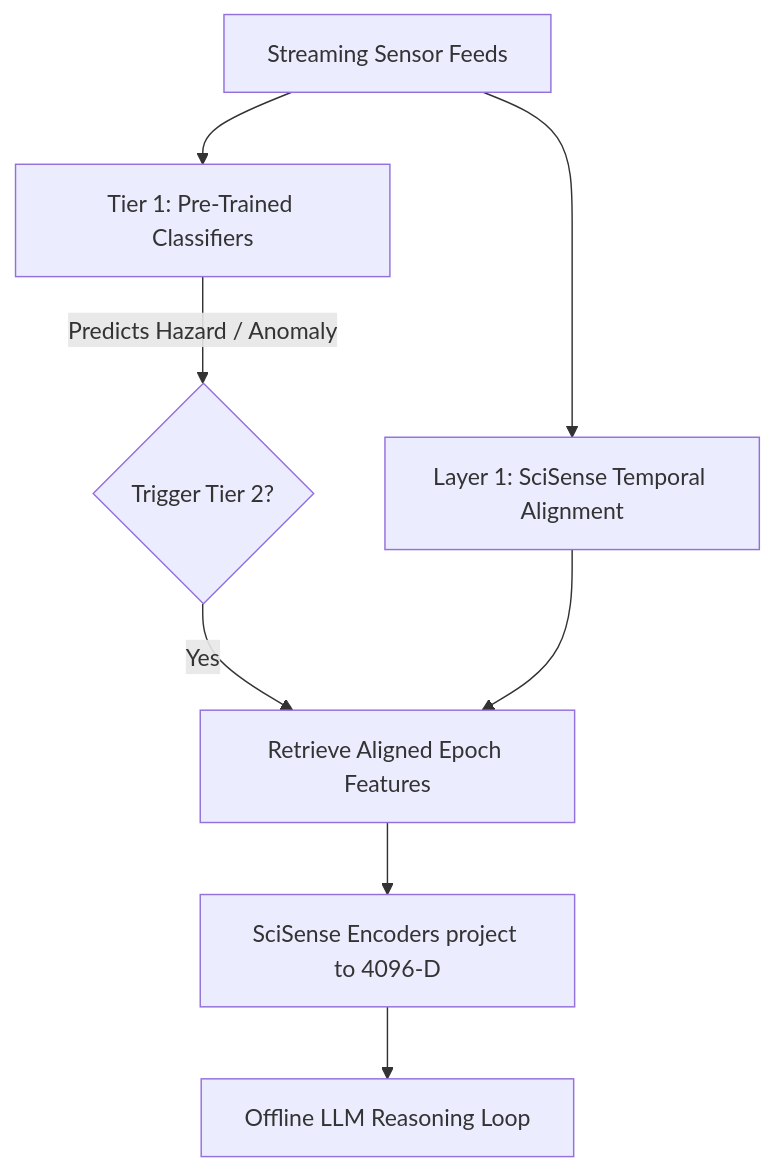
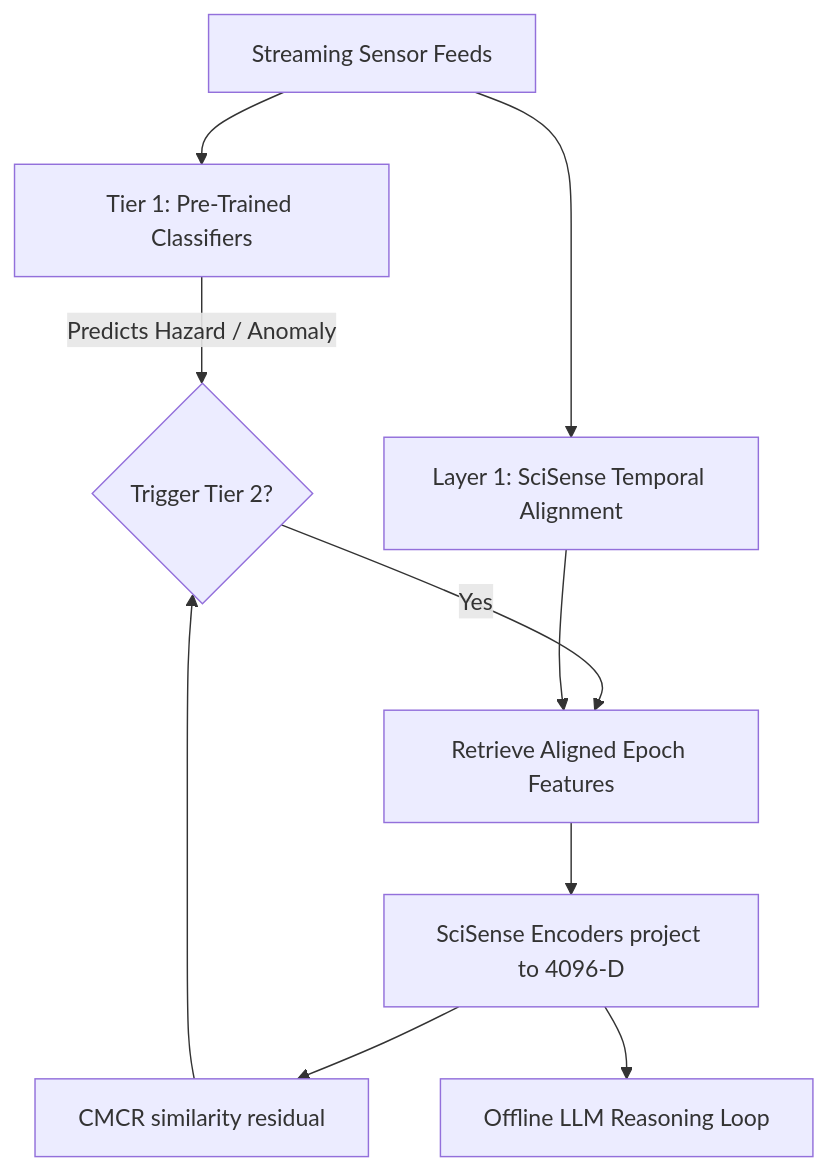
The diagram in scisense_protocol/README.md (AlekhyaGangopadhyay/FIELD_MIND---NEW), drawn with Mermaid before and after one commit. The commit also changed other lines of this file and 1 other file, not shown here.

Commit message:
feat: implement multi-gas detection agents and orchestrator framework for automated safety simulation

````diff
--- a/scisense_protocol/README.md
+++ b/scisense_protocol/README.md
@@ -54,10 +55,12 @@
 ```mermaid
 graph TD
     A[Streaming Sensor Feeds] --> B[Tier 1: Pre-Trained Classifiers]
     A --> C[Layer 1: SciSense Temporal Alignment]
     B -->|Predicts Hazard / Anomaly| D{Trigger Tier 2?}
     D -->|Yes| E[Retrieve Aligned Epoch Features]
     C --> E
     E --> F[SciSense Encoders project to 4096-D]
+    F --> H[CMCR similarity residual]
+    H --> D
     F --> G[Offline LLM Reasoning Loop]
 ```
````
